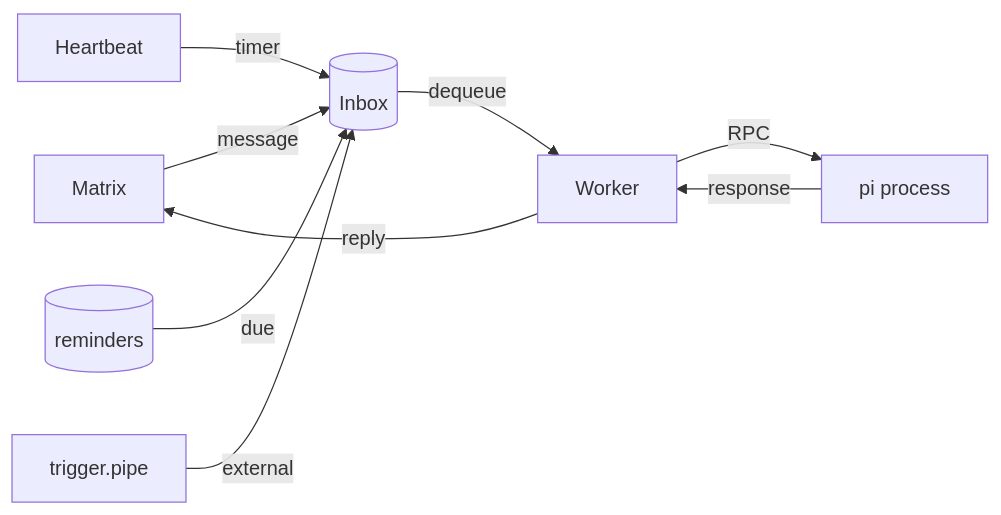
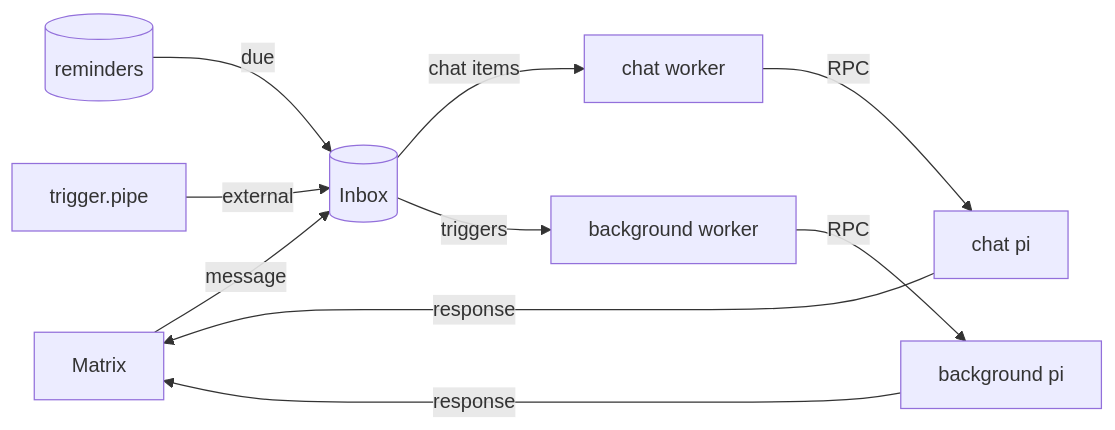
One commit to pkulak/opencrow changed the diagram in README.md. Above: the diagram before and after it, drawn with Mermaid. The commit also changed other lines of this file and 26 other files, not shown here.

Commit message:
Separate chat and background agent sessions.

````diff
--- a/README.md
+++ b/README.md
@@ -17,9 +17,10 @@
 ```mermaid
 graph LR
     Matrix -->|message| Inbox[(Inbox)]
-    Heartbeat -->|timer| Inbox
     Reminders[(reminders)] -->|due| Inbox
     Trigger["trigger.pipe"] -->|external| Inbox
-    Inbox -->|dequeue| Worker -->|RPC| Pi["pi process"]
-    Pi -->|response| Worker -->|reply| Matrix
+    Inbox -->|chat items| Chat["chat worker"] -->|RPC| ChatPi["chat pi"]
+    Inbox -->|triggers| Background["background worker"] -->|RPC| BackgroundPi["background pi"]
+    ChatPi -->|response| Matrix
+    BackgroundPi -->|response| Matrix
 ```
````
